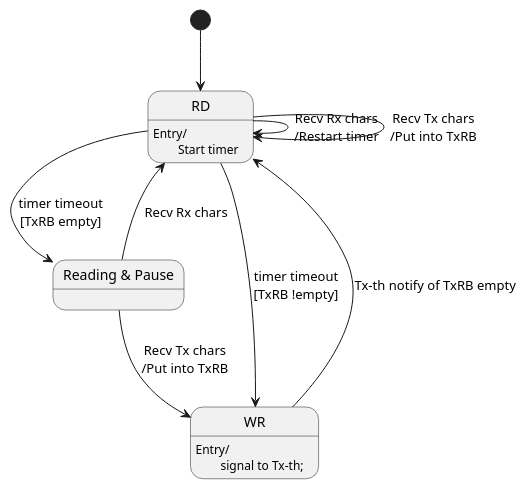
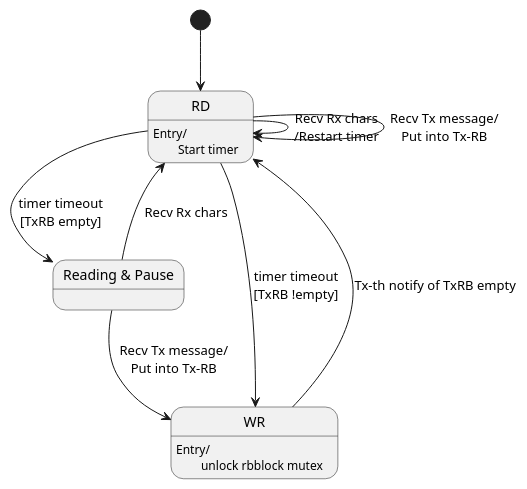
One commit to yoshinao-takada/07Test changed the diagram in Docs/Images/PHY-TxRx-state.puml. Above: the diagram before and after it, drawn with PlantUML. The commit also changed 3 other files, not shown here.

```diff
--- a/Docs/Images/PHY-TxRx-state.puml
+++ b/Docs/Images/PHY-TxRx-state.puml
@@ -1,15 +1,15 @@
 @startuml
 state "Reading" as RD
 state "Reading & Pause" as RP
 state "Writing" as WR
 [*] --> RD
 RD --> RD : Recv Rx chars\n/Restart timer
-RD --> RD : Recv Tx chars\n/Put into TxRB
+RD --> RD : Recv Tx message/\nPut into Tx-RB
 RD --> RP : timer timeout\n[TxRB empty]
 RP --> RD : Recv Rx chars
 RD --> WR : timer timeout\n[TxRB !empty]
-RP --> WR : Recv Tx chars\n/Put into TxRB
+RP --> WR : Recv Tx message/\nPut into Tx-RB
 state RD : Entry/\n\tStart timer
-state WR : Entry/\n\tsignal to Tx-th;
+state WR : Entry/\n\tunlock rbblock mutex
 WR --> RD : Tx-th notify of TxRB empty
 @enduml
```
